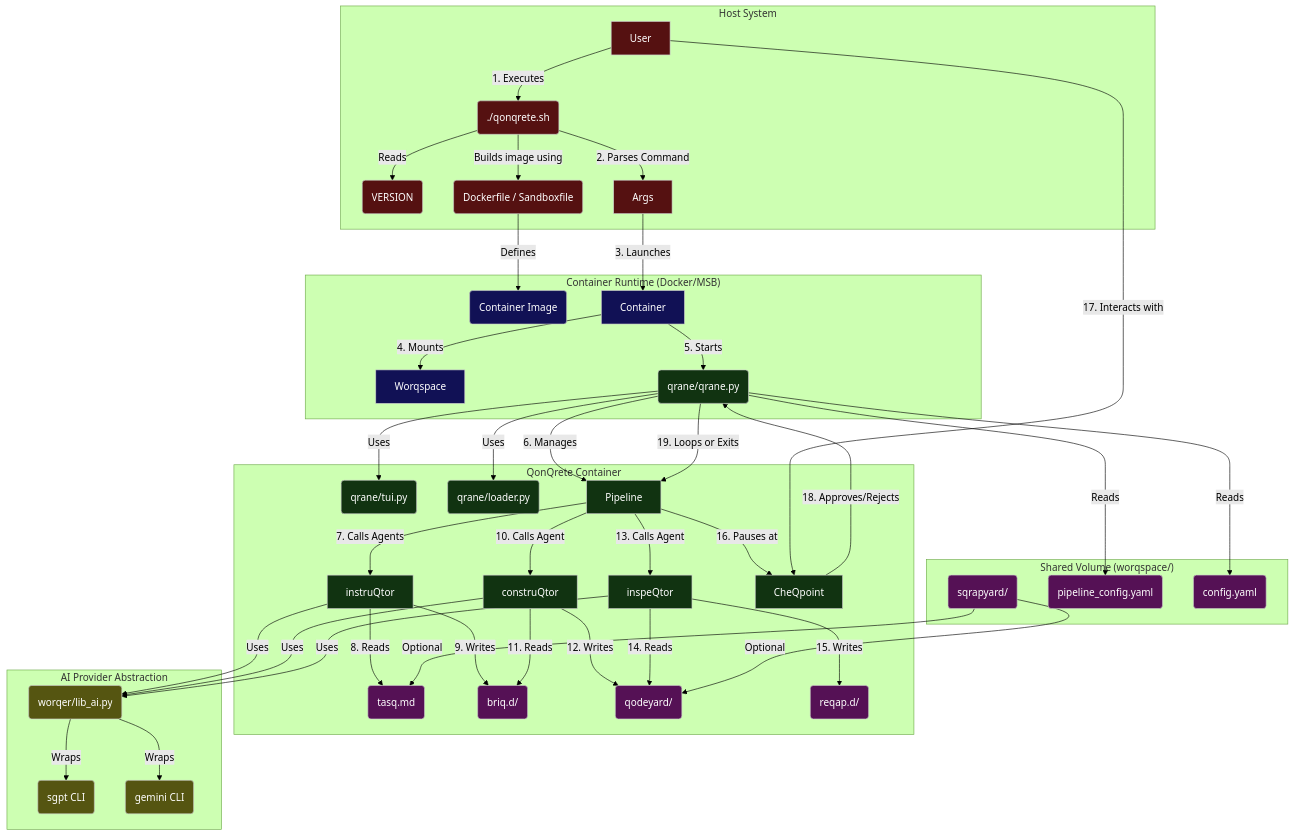
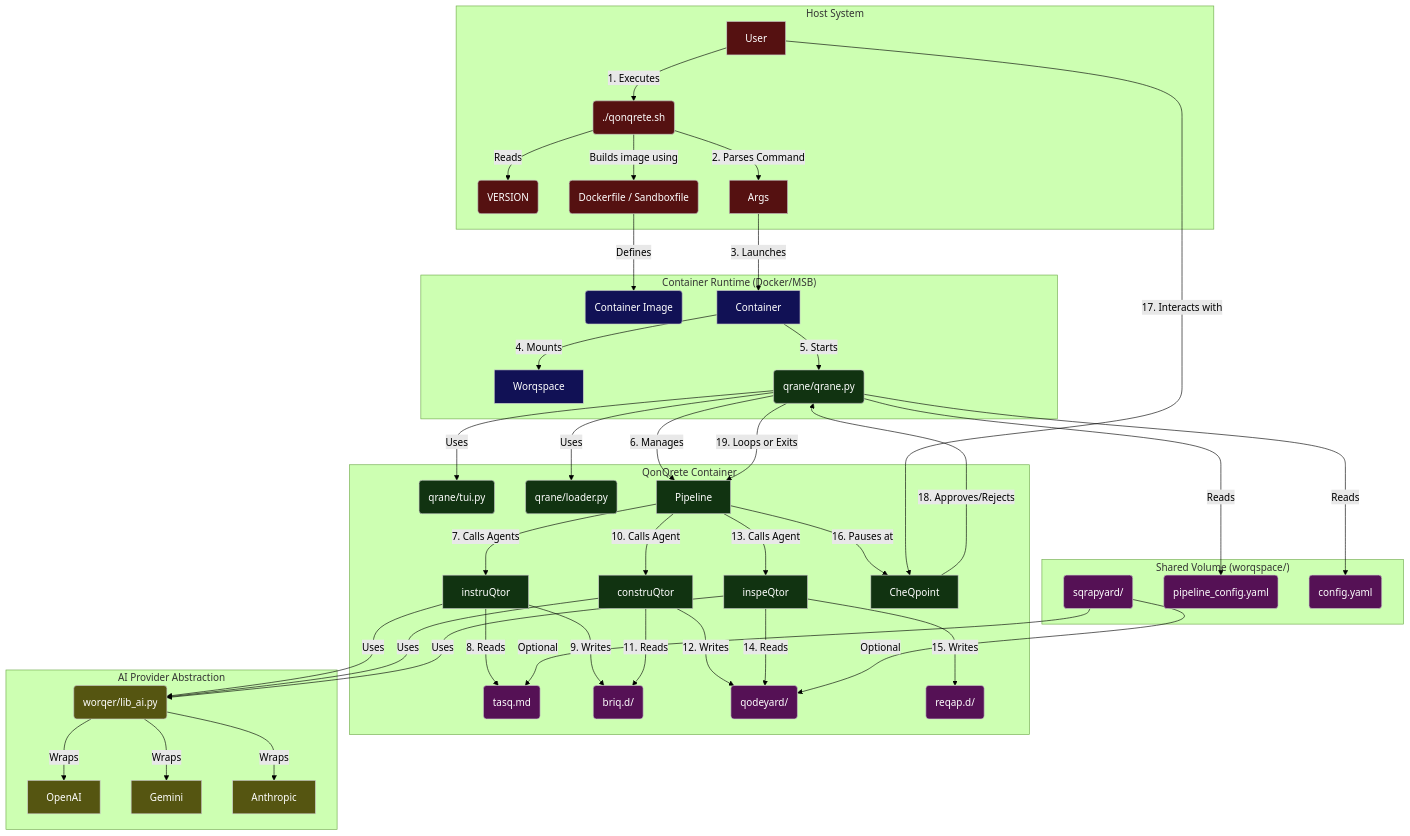
One commit to illdynamics/qonqrete changed the diagram in DOCUMENTATION.md. Above: the diagram before and after it, drawn with Mermaid (forest theme). The commit also changed other lines of this file and 8 other files, not shown here.

````diff
--- a/DOCUMENTATION.md
+++ b/DOCUMENTATION.md
@@ -19,70 +19,71 @@
 ```mermaid
 graph TD
     subgraph Host System
         User -- 1. Executes --> Shell(./qonqrete.sh);
         Shell -- Reads --> VersionFile(VERSION);
         Shell -- Builds image using --> BuildFiles(Dockerfile / Sandboxfile);
         Shell -- 2. Parses Command --> Args;
     end
 
     subgraph "Container Runtime (Docker/MSB)"
         BuildFiles -- Defines --> Image(Container Image);
         Args -- 3. Launches --> Container;
         Container -- 4. Mounts --> Worqspace;
         Container -- 5. Starts --> Qrane;
     end
 
     subgraph "QonQrete Container"
         Qrane(qrane/qrane.py) -- Uses --> TUI(qrane/tui.py);
         Qrane -- Uses --> Loader(qrane/loader.py);
         Qrane -- 6. Manages --> Pipeline;
         Pipeline -- 7. Calls Agents --> instruQtor;
         instruQtor -- 8. Reads --> TasQ;
         instruQtor -- 9. Writes --> BriQs;
         Pipeline -- 10. Calls Agent --> construQtor;
         construQtor -- 11. Reads --> BriQs;
         construQtor -- 12. Writes --> Qodeyard;
         Pipeline -- 13. Calls Agent --> inspeQtor;
         inspeQtor -- 14. Reads --> Qodeyard;
         inspeQtor -- 15. Writes --> ReQap;
         Pipeline -- 16. Pauses at --> CheQpoint;
     end
 
     subgraph "Shared Volume (worqspace/)"
         Worqspace;
         Sqrapyard(sqrapyard/);
         Qrane -- Reads --> PConfig(pipeline_config.yaml);
         Qrane -- Reads --> Config(config.yaml);
         TasQ(tasq.md);
         BriQs(briq.d/);
         Qodeyard(qodeyard/);
         ReQap(reqap.d/);
         Sqrapyard -- Optional --> Qodeyard;
         Sqrapyard -- Optional --> TasQ;
     end
 
     subgraph "AI Provider Abstraction"
         LibAI(worqer/lib_ai.py);
         instruQtor -- Uses --> LibAI;
         construQtor -- Uses --> LibAI;
         inspeQtor -- Uses --> LibAI;
-        LibAI -- Wraps --> SGPT(sgpt CLI);
-        LibAI -- Wraps --> Gemini(gemini CLI);
+        LibAI -- Wraps --> OpenAI;
+        LibAI -- Wraps --> Gemini;
+        LibAI -- Wraps --> Anthropic;
     end
 
     User -- 17. Interacts with --> CheQpoint;
     CheQpoint -- 18. Approves/Rejects --> Qrane;
     Qrane -- 19. Loops or Exits --> Pipeline;
 
     classDef host fill:#511,stroke:#ccc,color:#fff;
     classDef container fill:#115,stroke:#ccc,color:#fff;
     classDef qonqrete fill:#131,stroke:#ccc,color:#fff;
     classDef volume fill:#515,stroke:#ccc,color:#fff;
     classDef abstraction fill:#551,stroke:#ccc,color:#fff;
 
     class User,Shell,Args,VersionFile,BuildFiles host;
     class Container,Worqspace,Image container;
     class Qrane,Pipeline,instruQtor,construQtor,inspeQtor,CheQpoint,TUI,Loader qonqrete;
     class TasQ,BriQs,Qodeyard,ReQap,Config,PConfig,Sqrapyard volume;
-    class LibAI,SGPT,Gemini abstraction;
+    class LibAI,OpenAI,Gemini,Anthropic abstraction;
 ```
````
